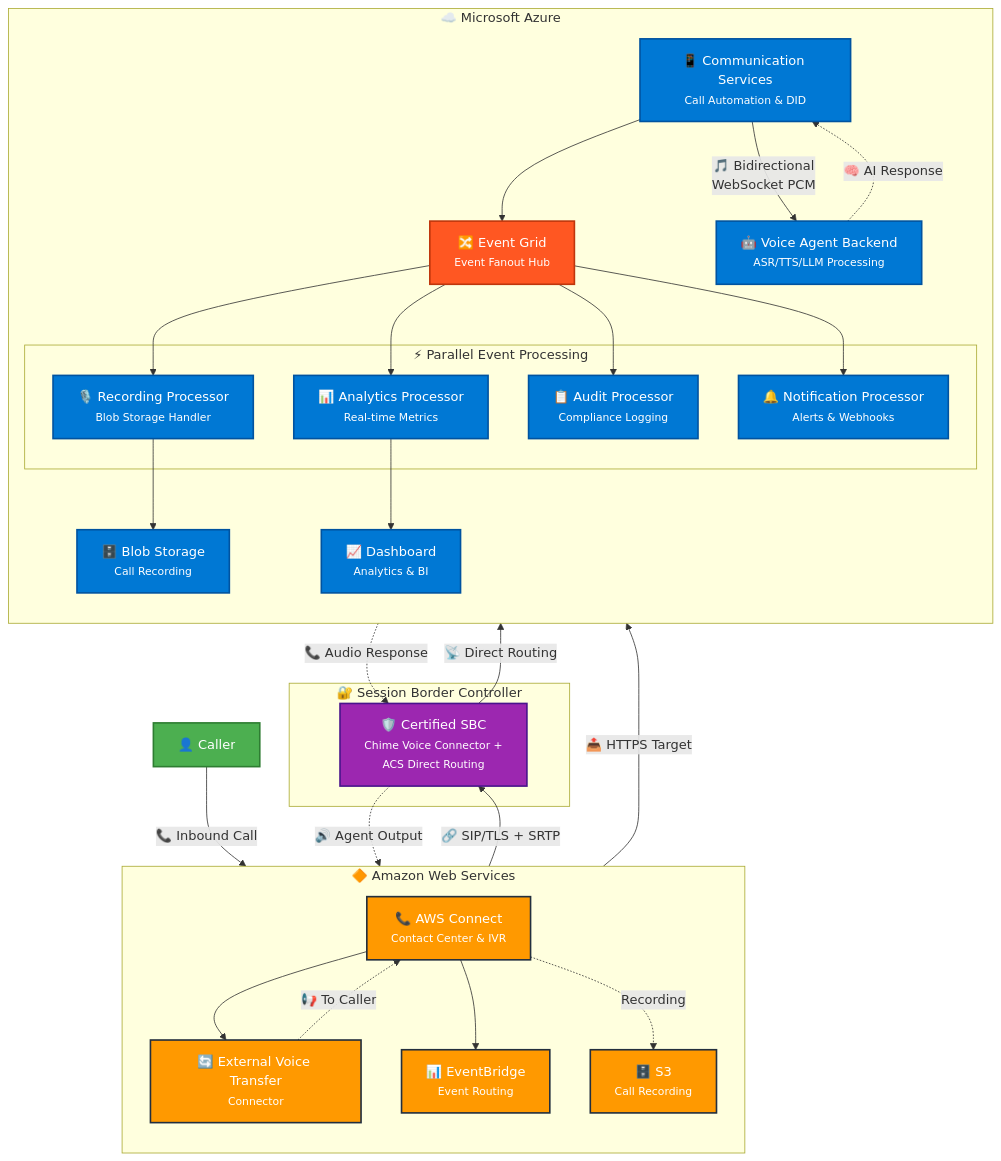
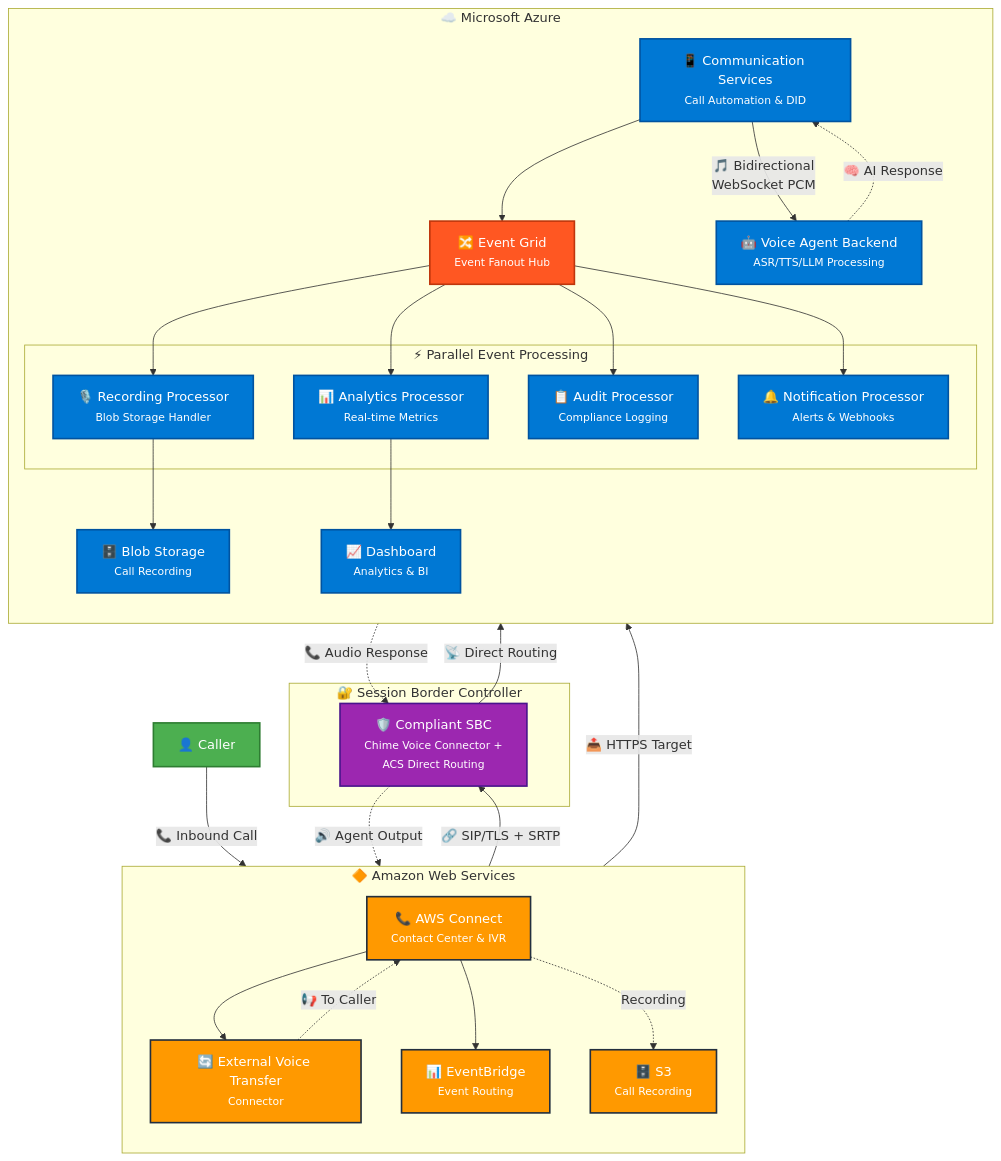
One commit to glavman/art-voice-agent-accelerator changed the second of 3 diagrams in docs/architecture/integrations.md. Above: the diagram before and after it, drawn with Mermaid. The commit also changed other lines of this file and 7 other files, not shown here.

First line of the commit message:
Enhance documentation and architecture for ACS and LLM integration

````diff
--- a/docs/architecture/integrations.md
+++ b/docs/architecture/integrations.md
@@ -76,80 +124,80 @@
 ```mermaid
 flowchart TB
      %% Define styles
      classDef awsStyle fill:#FF9900,stroke:#232F3E,stroke-width:2px,color:#fff
      classDef azureStyle fill:#0078D4,stroke:#0053A0,stroke-width:2px,color:#fff
      classDef sbcStyle fill:#9C27B0,stroke:#4A148C,stroke-width:2px,color:#fff
      classDef dataStyle fill:#4CAF50,stroke:#2E7D32,stroke-width:2px,color:#fff
      classDef eventStyle fill:#FF5722,stroke:#BF360C,stroke-width:2px,color:#fff
 
      %% Caller
      Caller["👤 Caller"]
 
      %% AWS Services
      subgraph AWS ["🔶 Amazon Web Services"]
           direction TB
           Connect["📞 AWS Connect<br/><small>Contact Center & IVR</small>"]
           EVTC["🔄 External Voice Transfer<br/><small>Connector</small>"]
           EventBridge["📊 EventBridge<br/><small>Event Routing</small>"]
           S3["🗄️ S3<br/><small>Call Recording</small>"]
           
           Connect --> EVTC
           Connect --> EventBridge
           Connect -.->|"Recording"| S3
      end
 
      %% Session Border Controller
      subgraph SBCCloud ["🔐 Session Border Controller"]
-          SBC["🛡️ Certified SBC<br/><small>Chime Voice Connector +<br/>ACS Direct Routing</small>"]
+          SBC["🛡️ Compliant SBC<br/><small>Chime Voice Connector +<br/>ACS Direct Routing</small>"]
      end
 
      %% Azure Services
      subgraph Azure ["☁️ Microsoft Azure"]
           direction TB
           ACS["📱 Communication Services<br/><small>Call Automation & DID</small>"]
           BotService["🤖 Voice Agent Backend<br/><small>ASR/TTS/LLM Processing</small>"]
           EventGrid["🔀 Event Grid<br/><small>Event Fanout Hub</small>"]
           
           %% Parallel Event Consumers
           subgraph EventConsumers ["⚡ Parallel Event Processing"]
                 RecordingProcessor["🎙️ Recording Processor<br/><small>Blob Storage Handler</small>"]
                 AnalyticsProcessor["📊 Analytics Processor<br/><small>Real-time Metrics</small>"]
                 AuditProcessor["📋 Audit Processor<br/><small>Compliance Logging</small>"]
                 NotificationProcessor["🔔 Notification Processor<br/><small>Alerts & Webhooks</small>"]
           end
           
           BlobStorage["🗄️ Blob Storage<br/><small>Call Recording</small>"]
           Dashboard["📈 Dashboard<br/><small>Analytics & BI</small>"]
           
           ACS --> EventGrid
           EventGrid --> RecordingProcessor
           EventGrid --> AnalyticsProcessor
           EventGrid --> AuditProcessor
           EventGrid --> NotificationProcessor
           
           RecordingProcessor --> BlobStorage
           AnalyticsProcessor --> Dashboard
      end
 
      %% Call Flow
      Caller -->|"📞 Inbound Call"| Connect
      EVTC -->|"🔗 SIP/TLS + SRTP"| SBC
      SBC -->|"📡 Direct Routing"| ACS
      ACS -->|"🎵 Bidirectional<br/>WebSocket PCM"| BotService
 
      %% Event Flow
      EventBridge -->|"📤 HTTPS Target"| EventGrid
      
      %% Response Flow
      BotService -.->|"🧠 AI Response"| ACS
      ACS -.->|"📞 Audio Response"| SBC
      SBC -.->|"🔊 Agent Output"| EVTC
      EVTC -.->|"📢 To Caller"| Connect
 
      %% Apply styles
      class Connect,EVTC,EventBridge,S3 awsStyle
      class ACS,BotService,EventGrid,RecordingProcessor,AnalyticsProcessor,AuditProcessor,NotificationProcessor,BlobStorage,Dashboard azureStyle
      class SBC sbcStyle
      class Caller dataStyle
      class EventGrid eventStyle
 ```
````
